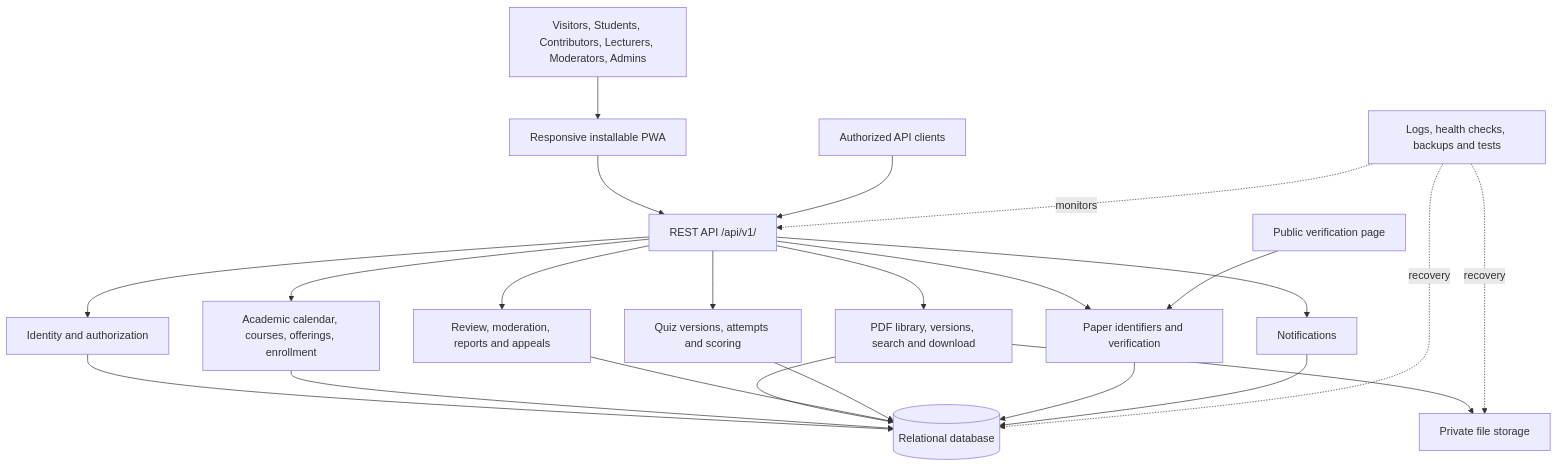
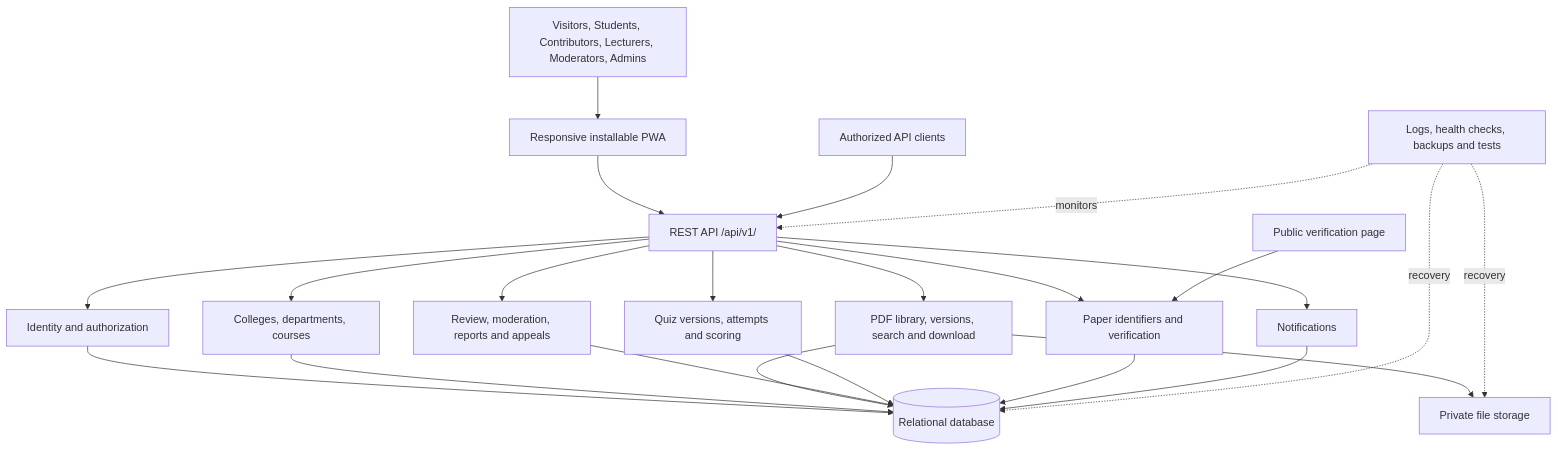
Before and after one commit to raccazahn/tustudyhub: the diagram in docs/design/SYSTEM_DESIGN_DOCUMENT.md, drawn with Mermaid. The commit also changed other lines of this file, not shown here.

````diff
--- a/docs/design/SYSTEM_DESIGN_DOCUMENT.md
+++ b/docs/design/SYSTEM_DESIGN_DOCUMENT.md
@@ -88,41 +88,41 @@
 ```mermaid
 flowchart TD
     USERS[Visitors, Students, Contributors, Lecturers, Moderators, Admins]
     PWA[Responsive installable PWA]
     API[REST API /api/v1/]
     AUTH[Identity and authorization]
-    ACADEMIC[Academic calendar, courses, offerings, enrollment]
+    ACADEMIC[Colleges, departments, courses]
     DOCS[PDF library, versions, search and download]
     REVIEW[Review, moderation, reports and appeals]
     QUIZ[Quiz versions, attempts and scoring]
     VERIFY[Paper identifiers and verification]
     NOTIFY[Notifications]
     DB[(Relational database)]
     FILES[Private file storage]
     PUBLIC[Public verification page]
     OPS[Logs, health checks, backups and tests]
     EXT[Authorized API clients]
 
     USERS --> PWA
     PWA --> API
     EXT --> API
     API --> AUTH
     API --> ACADEMIC
     API --> DOCS
     API --> REVIEW
     API --> QUIZ
     API --> VERIFY
     API --> NOTIFY
     AUTH --> DB
     ACADEMIC --> DB
     DOCS --> DB
     DOCS --> FILES
     REVIEW --> DB
     QUIZ --> DB
     VERIFY --> DB
     NOTIFY --> DB
     PUBLIC --> VERIFY
     OPS -. monitors .-> API
     OPS -. recovery .-> DB
     OPS -. recovery .-> FILES
 ```
````
